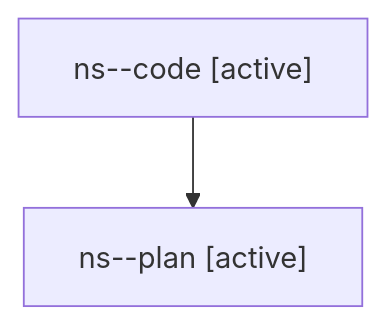
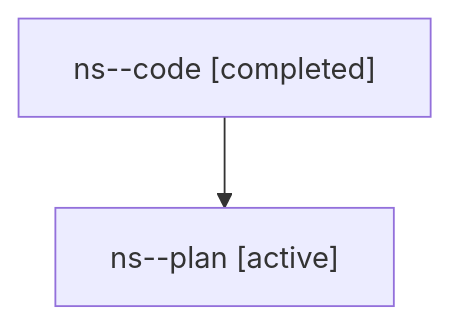
Before and after one commit to sase-org/sase--agents: the diagram in sessions/bbugyi200.athena.ns.md, drawn with Mermaid. The commit also changed other lines of this file and 10 other files, not shown here.

````diff
--- a/sessions/bbugyi200.athena.ns.md
+++ b/sessions/bbugyi200.athena.ns.md
@@ -9,6 +9,6 @@
 ```mermaid
 flowchart TD
-  n0["ns--code [active]"]
+  n0["ns--code [completed]"]
   n1["ns--plan [active]"]
   n0 --> n1
 ```
````
